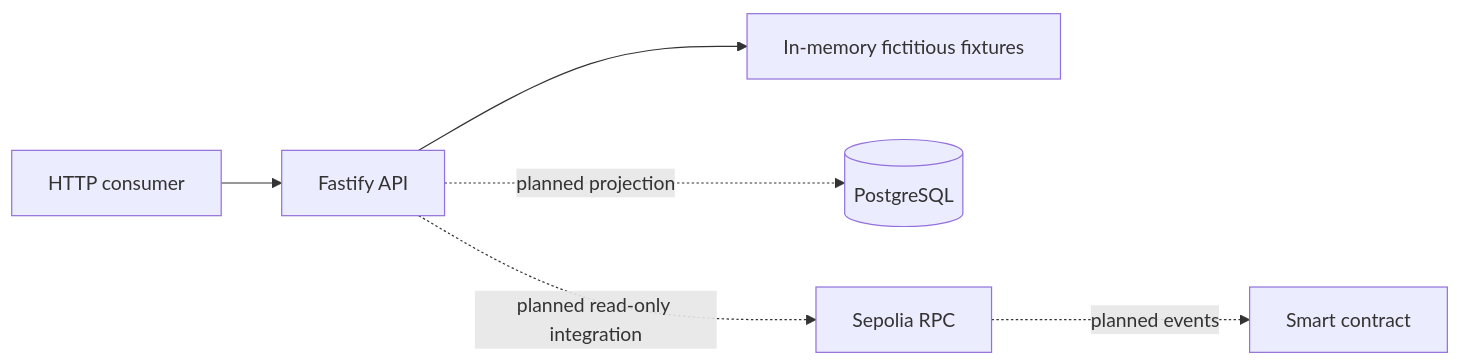
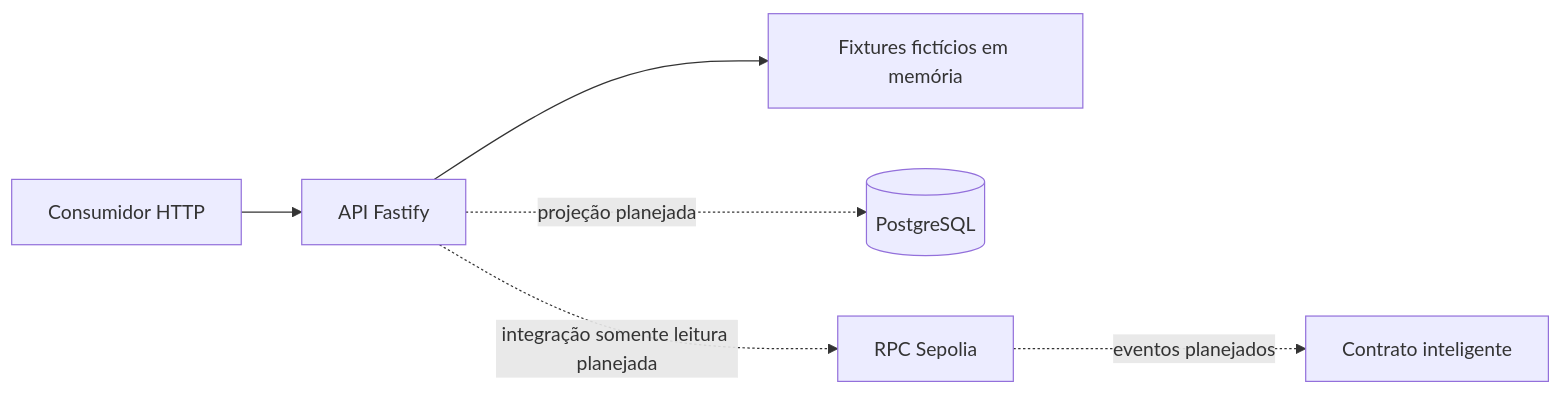
The diagram in backend/README.md (InteliBlockchain-IBC/projeto-banco-inter), drawn with Mermaid before and after one commit. The commit also changed other lines of this file, not shown here.

````diff
--- a/backend/README.md
+++ b/backend/README.md
@@ -58,8 +58,8 @@
 ```mermaid
 flowchart LR
-    Consumer[HTTP consumer] --> API[Fastify API]
-    API --> Mock[In-memory fictitious fixtures]
-    API -. planned projection .-> Database[(PostgreSQL)]
-    API -. planned read-only integration .-> RPC[Sepolia RPC]
-    RPC -. planned events .-> Contract[Smart contract]
+    Consumidor[Consumidor HTTP] --> API[API Fastify]
+    API --> Mock[Fixtures fictícios em memória]
+    API -. projeção planejada .-> Database[(PostgreSQL)]
+    API -. integração somente leitura planejada .-> RPC[RPC Sepolia]
+    RPC -. eventos planejados .-> Contract[Contrato inteligente]
 ```
````
